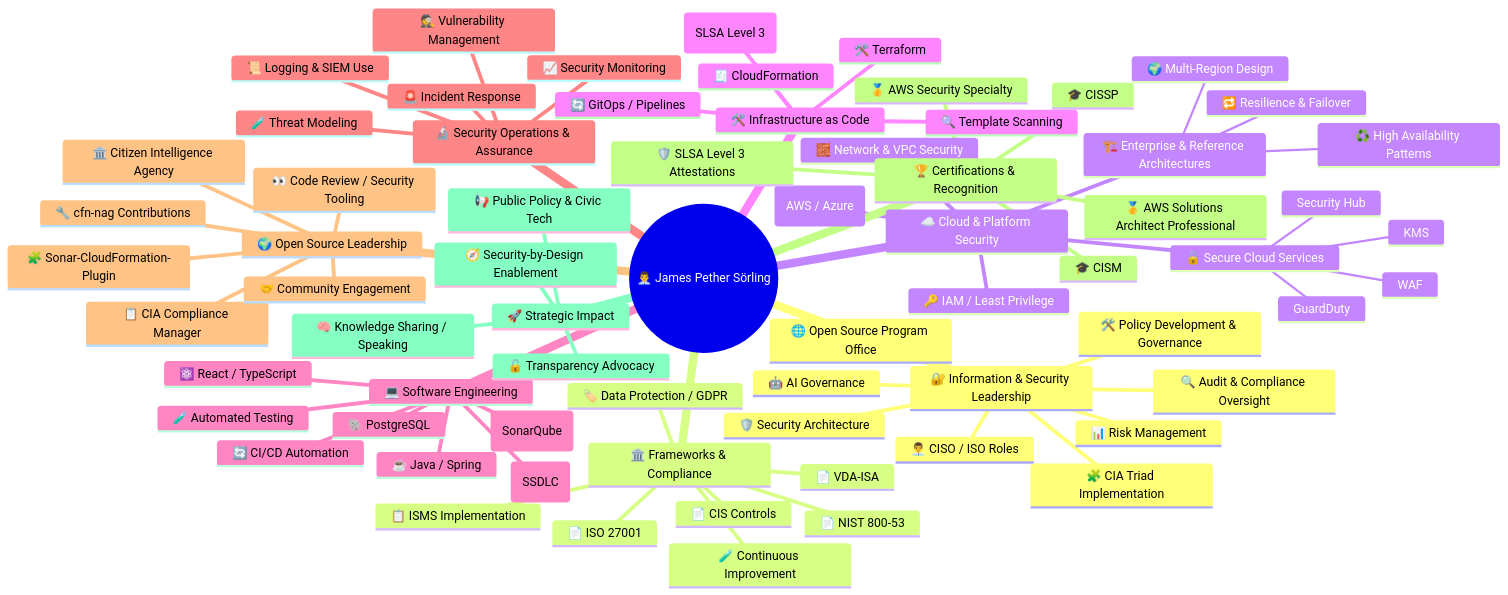
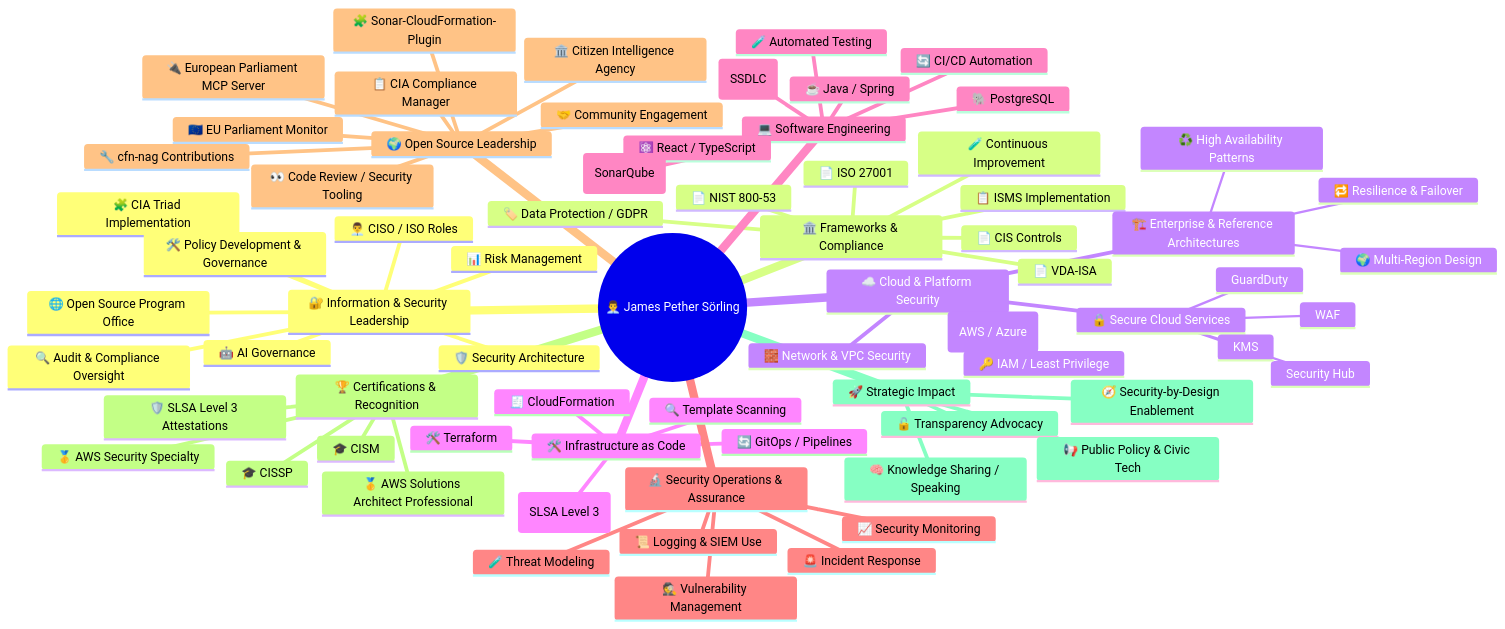
One commit to Hack23/.github changed the second of 2 diagrams in profile/README.md. Above: the diagram before and after it, drawn with Mermaid. The commit also changed other lines of this file, not shown here.

First line of the commit message:
Add EU Parliament Monitor and European Parliament MCP Server to profile README

````diff
--- a/profile/README.md
+++ b/profile/README.md
@@ -666,72 +807,74 @@
 ```mermaid
 mindmap
   root((👨‍💼 James Pether Sörling))
     🔐 Information & Security Leadership
       👨‍💼 CISO / ISO Roles
       🛡️ Security Architecture
       🧩 CIA Triad Implementation
       🛠️ Policy Development & Governance
       📊 Risk Management
       🔍 Audit & Compliance Oversight
       🤖 AI Governance
       🌐 Open Source Program Office
     🏛️ Frameworks & Compliance
       📄 ISO 27001
       📄 NIST 800-53
       📄 VDA-ISA
       📄 CIS Controls
       🏷️ Data Protection / GDPR
       📋 ISMS Implementation
       🧪 Continuous Improvement
     ☁️ Cloud & Platform Security
       🌐 Multi-Cloud (AWS / Azure)
       🏗️ Enterprise & Reference Architectures
         🌍 Multi-Region Design
         🔁 Resilience & Failover
         ♻️ High Availability Patterns
       🔒 Secure Cloud Services
         Security Hub
         GuardDuty
         KMS
         WAF
       🧱 Network & VPC Security
       🔑 IAM / Least Privilege
     🛠️ Infrastructure as Code
       🧾 CloudFormation
       🛠️ Terraform
       🔄 GitOps / Pipelines
       🔍 Template Scanning
       📦 Supply Chain (SLSA Level 3)
     💻 Software Engineering
       ☕ Java / Spring
       ⚛️ React / TypeScript
       🐘 PostgreSQL
       🔄 CI/CD Automation
       🧪 Automated Testing
       🧵 Secure SDLC (SSDLC)
       📈 Code Quality (SonarQube)
     🔬 Security Operations & Assurance
       🚨 Incident Response
       🕵️ Vulnerability Management
       📈 Security Monitoring
       🧪 Threat Modeling
       📜 Logging & SIEM Use
     🌍 Open Source Leadership
       📋 CIA Compliance Manager
       🏛️ Citizen Intelligence Agency
+      🇪🇺 EU Parliament Monitor
+      🔌 European Parliament MCP Server
       🧩 Sonar-CloudFormation-Plugin
       🔧 cfn-nag Contributions
       🤝 Community Engagement
       👀 Code Review / Security Tooling
     🏆 Certifications & Recognition
       🎓 CISSP
       🎓 CISM
       🥇 AWS Security Specialty
       🥇 AWS Solutions Architect Professional
       🛡️ SLSA Level 3 Attestations
     🚀 Strategic Impact
       🔓 Transparency Advocacy
       🧭 Security-by-Design Enablement
       🧠 Knowledge Sharing / Speaking
       📢 Public Policy & Civic Tech
 ```
````
